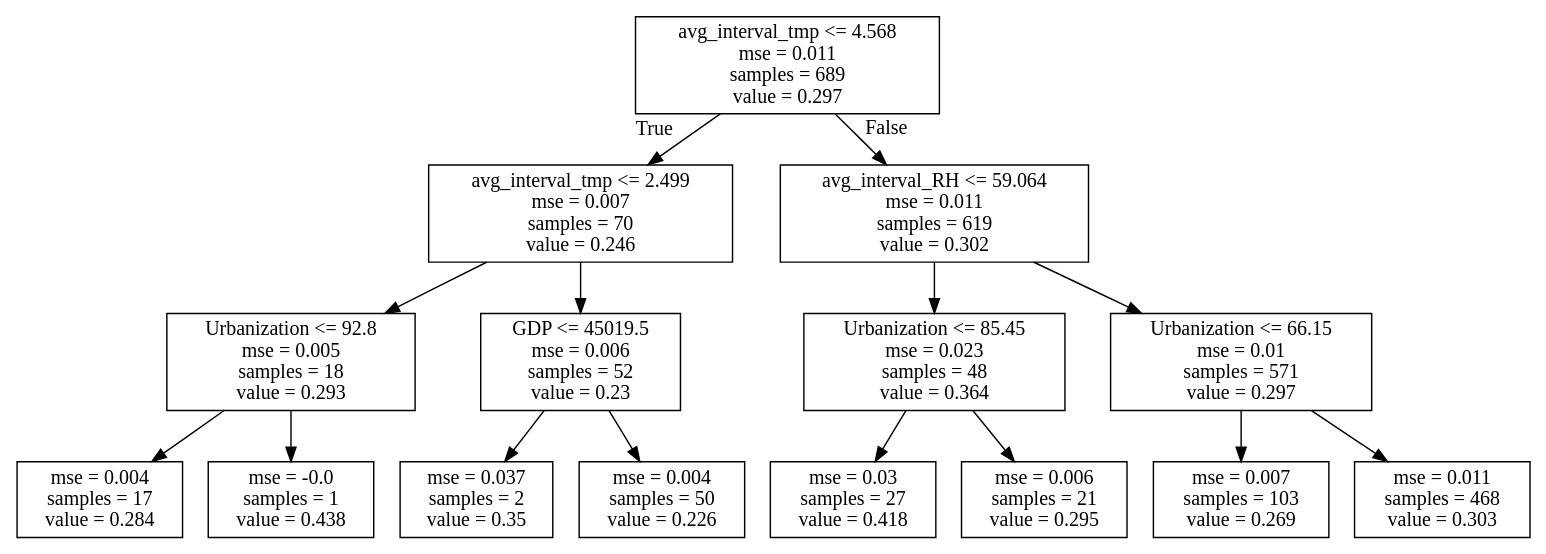
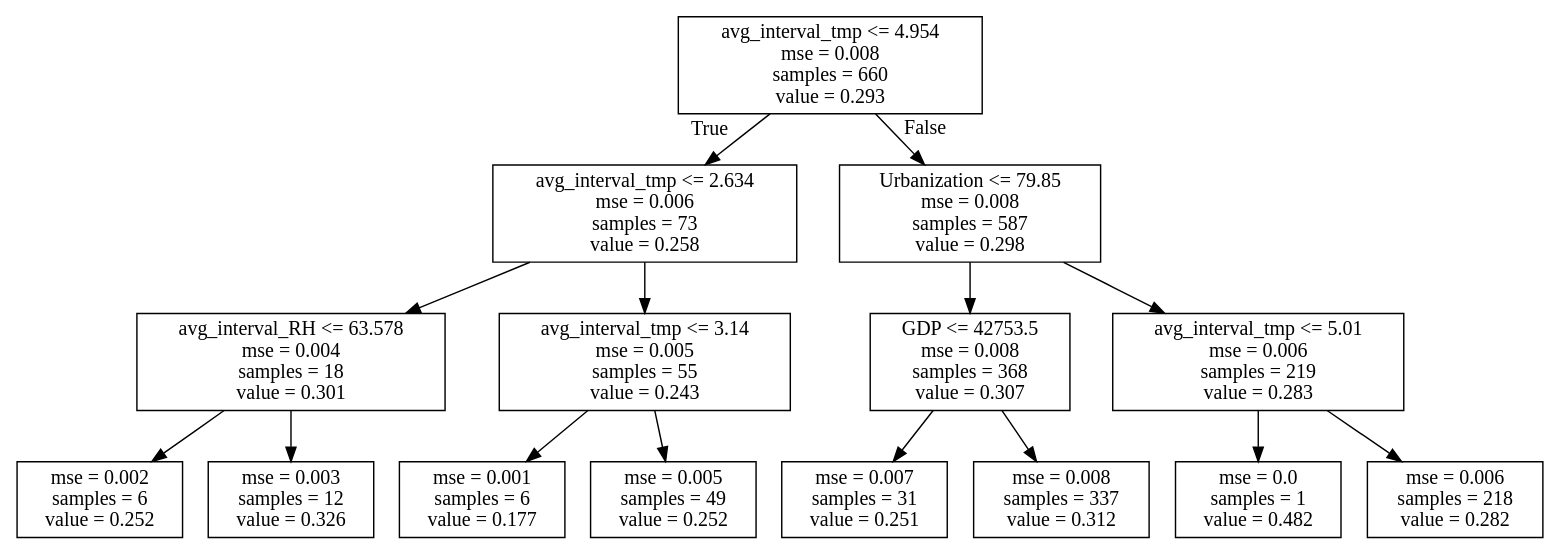
Before and after one commit to hopl1t/covid19: the diagram in products/decision_tree/decision_tree_GF_Q3_run0.dot, drawn with Graphviz. The commit also changed 21 other files, not shown here.

```diff
--- a/products/decision_tree/decision_tree_GF_Q3_run0.dot
+++ b/products/decision_tree/decision_tree_GF_Q3_run0.dot
@@ -1,32 +1,32 @@
 digraph Tree {
 node [shape=box] ;
-0 [label="avg_interval_tmp <= 4.568\nmse = 0.011\nsamples = 689\nvalue = 0.297"] ;
-1 [label="avg_interval_tmp <= 2.499\nmse = 0.007\nsamples = 70\nvalue = 0.246"] ;
+0 [label="avg_interval_tmp <= 4.954\nmse = 0.008\nsamples = 660\nvalue = 0.293"] ;
+1 [label="avg_interval_tmp <= 2.634\nmse = 0.006\nsamples = 73\nvalue = 0.258"] ;
 0 -> 1 [labeldistance=2.5, labelangle=45, headlabel="True"] ;
-2 [label="Urbanization <= 92.8\nmse = 0.005\nsamples = 18\nvalue = 0.293"] ;
+2 [label="avg_interval_RH <= 63.578\nmse = 0.004\nsamples = 18\nvalue = 0.301"] ;
 1 -> 2 ;
-3 [label="mse = 0.004\nsamples = 17\nvalue = 0.284"] ;
+3 [label="mse = 0.002\nsamples = 6\nvalue = 0.252"] ;
 2 -> 3 ;
-4 [label="mse = -0.0\nsamples = 1\nvalue = 0.438"] ;
+4 [label="mse = 0.003\nsamples = 12\nvalue = 0.326"] ;
 2 -> 4 ;
-5 [label="GDP <= 45019.5\nmse = 0.006\nsamples = 52\nvalue = 0.23"] ;
+5 [label="avg_interval_tmp <= 3.14\nmse = 0.005\nsamples = 55\nvalue = 0.243"] ;
 1 -> 5 ;
-6 [label="mse = 0.037\nsamples = 2\nvalue = 0.35"] ;
+6 [label="mse = 0.001\nsamples = 6\nvalue = 0.177"] ;
 5 -> 6 ;
-7 [label="mse = 0.004\nsamples = 50\nvalue = 0.226"] ;
+7 [label="mse = 0.005\nsamples = 49\nvalue = 0.252"] ;
 5 -> 7 ;
-8 [label="avg_interval_RH <= 59.064\nmse = 0.011\nsamples = 619\nvalue = 0.302"] ;
+8 [label="Urbanization <= 79.85\nmse = 0.008\nsamples = 587\nvalue = 0.298"] ;
 0 -> 8 [labeldistance=2.5, labelangle=-45, headlabel="False"] ;
-9 [label="Urbanization <= 85.45\nmse = 0.023\nsamples = 48\nvalue = 0.364"] ;
+9 [label="GDP <= 42753.5\nmse = 0.008\nsamples = 368\nvalue = 0.307"] ;
 8 -> 9 ;
-10 [label="mse = 0.03\nsamples = 27\nvalue = 0.418"] ;
+10 [label="mse = 0.007\nsamples = 31\nvalue = 0.251"] ;
 9 -> 10 ;
-11 [label="mse = 0.006\nsamples = 21\nvalue = 0.295"] ;
+11 [label="mse = 0.008\nsamples = 337\nvalue = 0.312"] ;
 9 -> 11 ;
-12 [label="Urbanization <= 66.15\nmse = 0.01\nsamples = 571\nvalue = 0.297"] ;
+12 [label="avg_interval_tmp <= 5.01\nmse = 0.006\nsamples = 219\nvalue = 0.283"] ;
 8 -> 12 ;
-13 [label="mse = 0.007\nsamples = 103\nvalue = 0.269"] ;
+13 [label="mse = 0.0\nsamples = 1\nvalue = 0.482"] ;
 12 -> 13 ;
-14 [label="mse = 0.011\nsamples = 468\nvalue = 0.303"] ;
+14 [label="mse = 0.006\nsamples = 218\nvalue = 0.282"] ;
 12 -> 14 ;
 }
```
